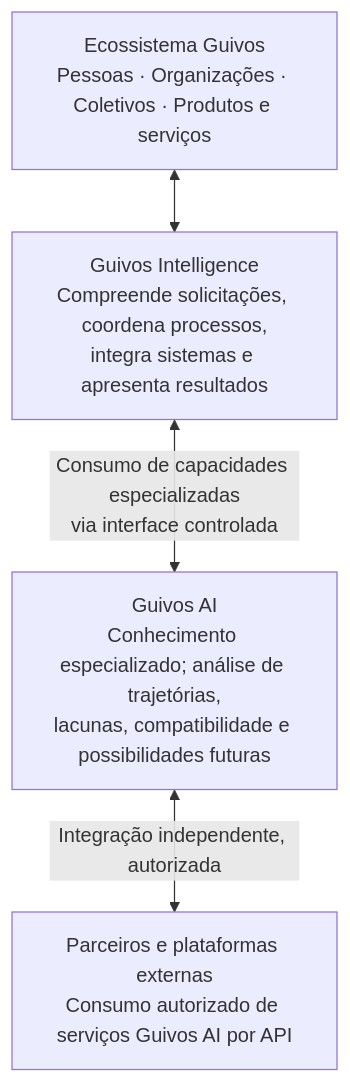
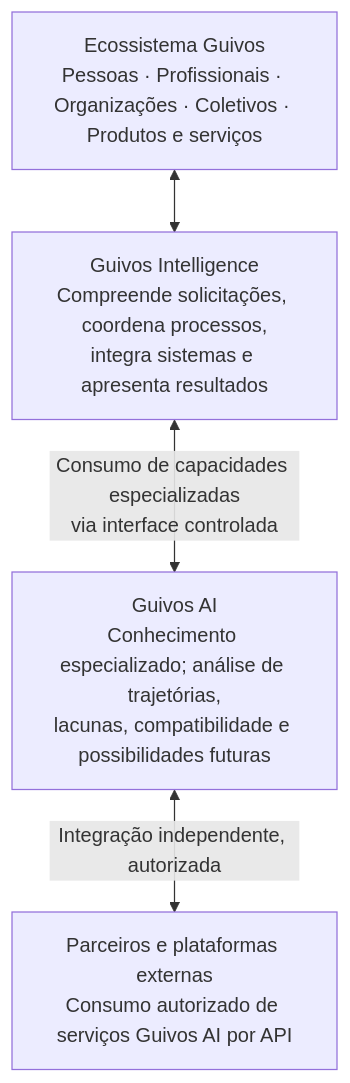
One commit to guivos-repositorio/Guivos-Knowledge-Repository changed the diagram in docs/guivos-ai/inteligencia-de-trajetorias-possibilidades-e-evolucao.md. Above: the diagram before and after it, drawn with Mermaid. The commit also changed other lines of this file, not shown here.

Commit message:
docs(guivos-ai): adicionar Profissional ao diagrama e definição

````diff
--- a/docs/guivos-ai/inteligencia-de-trajetorias-possibilidades-e-evolucao.md
+++ b/docs/guivos-ai/inteligencia-de-trajetorias-possibilidades-e-evolucao.md
@@ -47,11 +47,11 @@
 ```mermaid
 flowchart TD
-  E["Ecossistema Guivos<br/>Pessoas · Organizações · Coletivos · Produtos e serviços"]
+  E["Ecossistema Guivos<br/>Pessoas · Profissionais · Organizações · Coletivos · Produtos e serviços"]
   I["Guivos Intelligence<br/>Compreende solicitações, coordena processos,<br/>integra sistemas e apresenta resultados"]
   A["Guivos AI<br/>Conhecimento especializado; análise de trajetórias,<br/>lacunas, compatibilidade e possibilidades futuras"]
   X["Parceiros e plataformas externas<br/>Consumo autorizado de serviços Guivos AI por API"]
 
   E <--> I
   I <-->|"Consumo de capacidades especializadas<br/>via interface controlada"| A
   A <-->|"Integração independente, autorizada"| X
 ```
````
